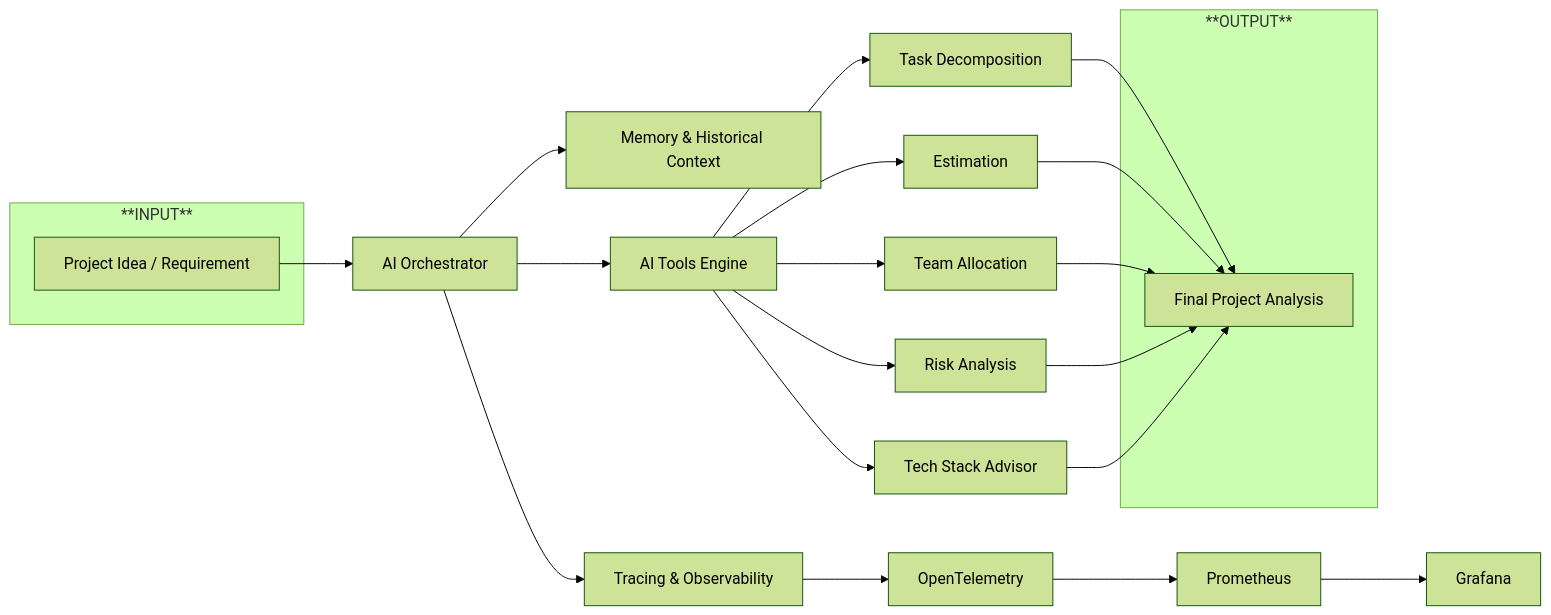
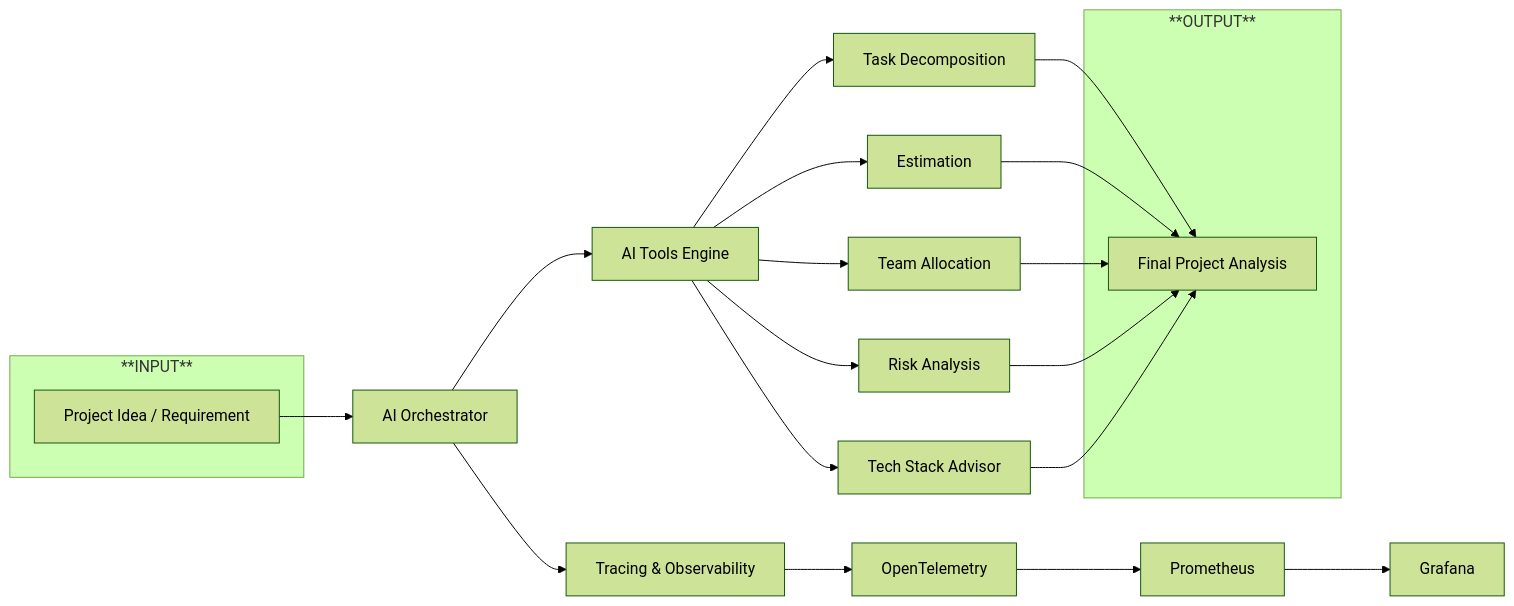
One commit to SuperAIQuattro/EstimatesAI changed the second of 2 diagrams in README.md. Above: the diagram before and after it, drawn with Mermaid (forest theme). The commit also changed other lines of this file, not shown here.

````diff
--- a/README.md
+++ b/README.md
@@ -212,34 +194,33 @@
 ```mermaid
 flowchart LR
 
     subgraph IN["**INPUT**"]
         INPUT[Project Idea / Requirement]
     end
 
     INPUT --> ORCH[AI Orchestrator]
 
-    ORCH --> MEMORY[Memory & Historical Context]
     ORCH --> TOOLS[AI Tools Engine]
 
     TOOLS --> DECOMP[Task Decomposition]
     TOOLS --> EST[Estimation]
     TOOLS --> STAFF[Team Allocation]
     TOOLS --> RISK[Risk Analysis]
     TOOLS --> TECH[Tech Stack Advisor]
 
     ORCH --> TRACE[Tracing & Observability]
 
     TRACE --> OTEL[OpenTelemetry]
     OTEL --> PROM[Prometheus]
     PROM --> GRAFANA[Grafana]
 
     subgraph OUT["**OUTPUT**"]
         OUTPUT[Final Project Analysis]
     end
 
     DECOMP --> OUTPUT
     EST --> OUTPUT
     STAFF --> OUTPUT
     RISK --> OUTPUT
     TECH --> OUTPUT
 ```
````
